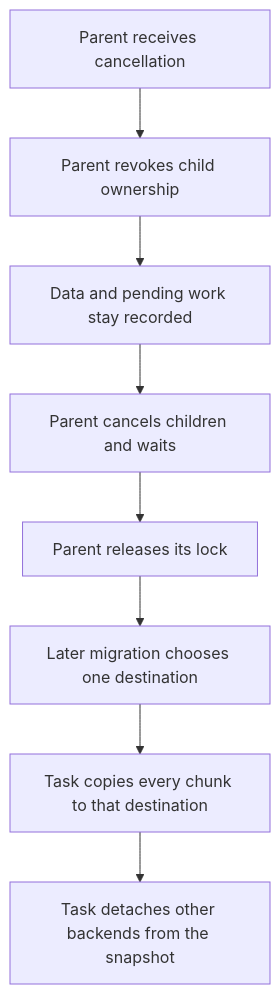
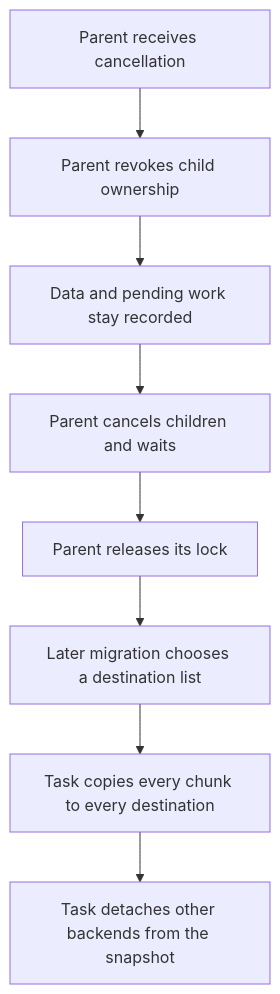
One commit to ydb-platform/nbs changed the ninth of 10 diagrams in doc/disk_manager/chunk_storage/design_doc.md. Above: the diagram before and after it, drawn with Mermaid. The commit also changed other lines of this file, not shown here.

````diff
--- a/doc/disk_manager/chunk_storage/design_doc.md
+++ b/doc/disk_manager/chunk_storage/design_doc.md
@@ -351,10 +355,10 @@
 ```mermaid
 flowchart TD
     Cancel[Parent receives cancellation] --> Revoke[Parent revokes child ownership]
     Revoke --> Keep[Data and pending work stay recorded]
     Keep --> Wait[Parent cancels children and waits]
     Wait --> Unlock[Parent releases its lock]
-    Unlock --> Later[Later migration chooses one destination]
-    Later --> Copy[Task copies every chunk to that destination]
+    Unlock --> Later[Later migration chooses a destination list]
+    Later --> Copy[Task copies every chunk to every destination]
     Copy --> Detach[Task detaches other backends from the snapshot]
 ```
````
